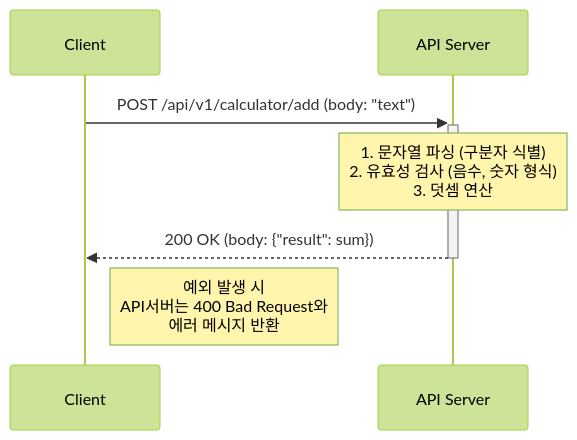
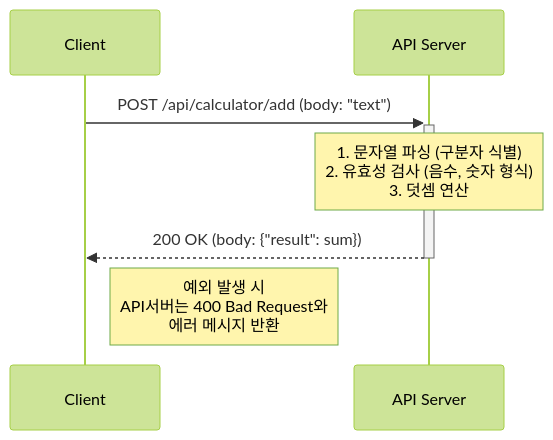
Before and after one commit to stdiodh/java-open-mission-8: the first of 3 diagrams in README.md, drawn with Mermaid (forest theme). The commit also changed other lines of this file, not shown here.

First line of the commit message:
docs: API 흐름도 내 엔드포인트 URL 최신화함

````diff
--- a/README.md
+++ b/README.md
@@ -58,8 +58,8 @@
     ```mermaid
     sequenceDiagram
-        Client->>+API Server: POST /api/v1/calculator/add (body: "text")
+        Client->>+API Server: POST /api/calculator/add (body: "text")
         Note over API Server: 1. 문자열 파싱 (구분자 식별)<br>2. 유효성 검사 (음수, 숫자 형식)<br>3. 덧셈 연산
         API Server-->>-Client: 200 OK (body: {"result": sum})
         
         Note right of Client: 예외 발생 시<br>API서버는 400 Bad Request와<br>에러 메시지 반환
     ```
````
